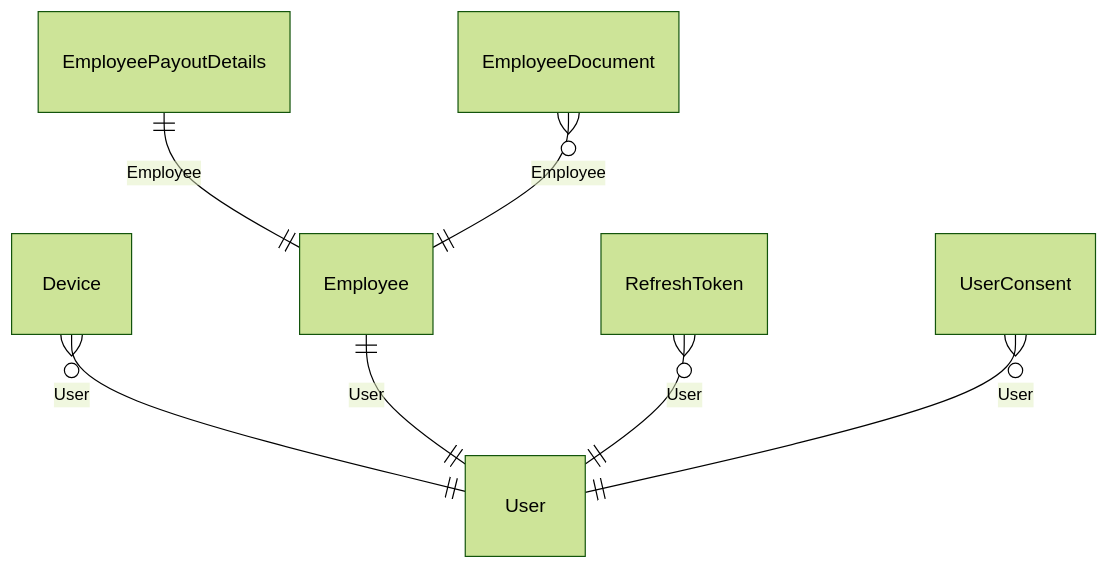
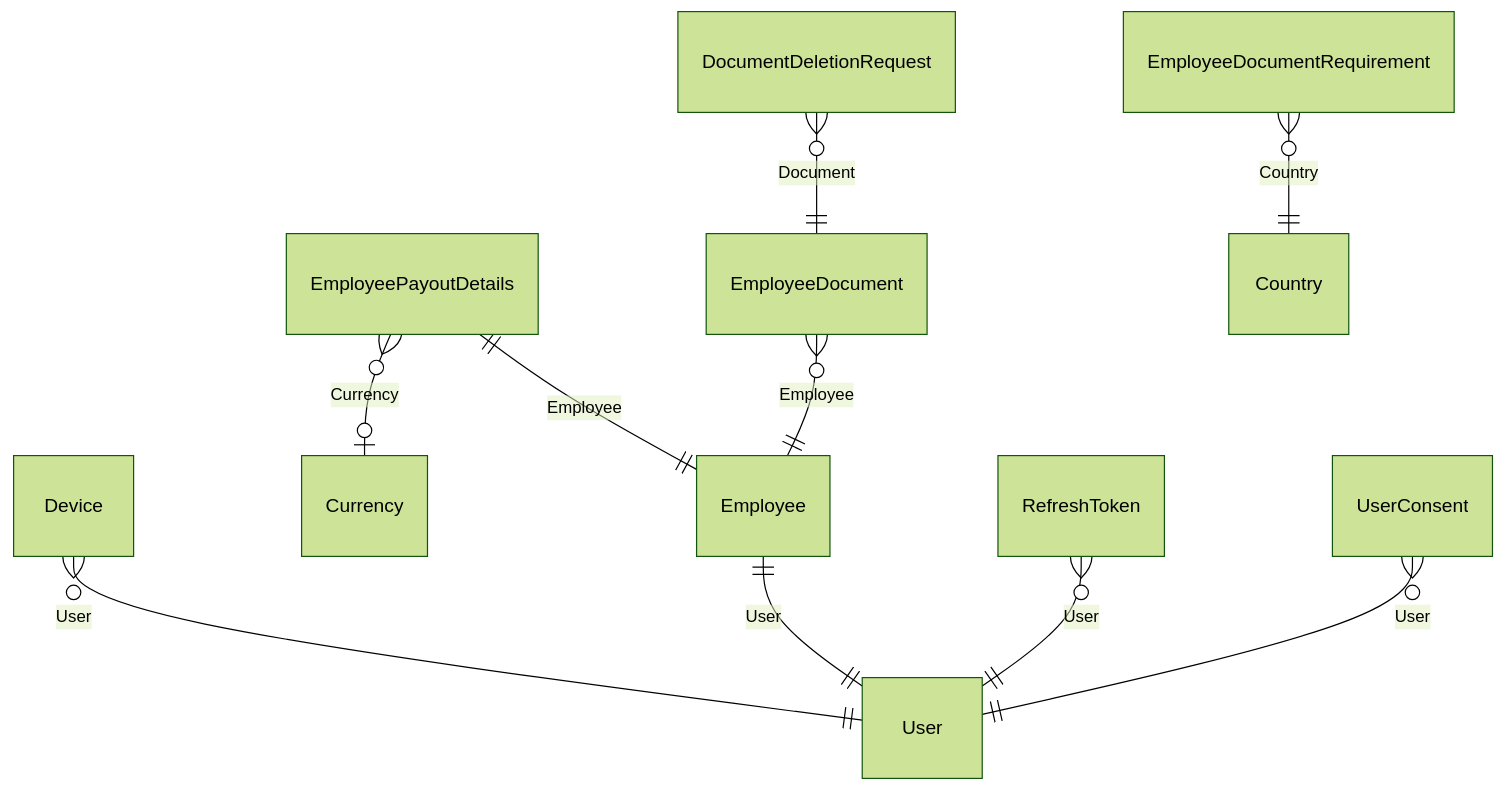
The first of 5 diagrams in docs/domain/model.md (VM-s-Solutions/cleansia), drawn with Mermaid (forest theme) before and after one commit. The commit also changed other lines of this file and 11 other files, not shown here.

````diff
--- a/docs/domain/model.md
+++ b/docs/domain/model.md
@@ -18,9 +18,12 @@
 ```mermaid
 erDiagram
   Device }o--|| User : "User"
   Employee ||--|| User : "User"
   EmployeePayoutDetails ||--|| Employee : "Employee"
+  EmployeePayoutDetails }o--o| Currency : "Currency"
   RefreshToken }o--|| User : "User"
   UserConsent }o--|| User : "User"
   EmployeeDocument }o--|| Employee : "Employee"
+  DocumentDeletionRequest }o--|| EmployeeDocument : "Document"
+  EmployeeDocumentRequirement }o--|| Country : "Country"
 ```
````
